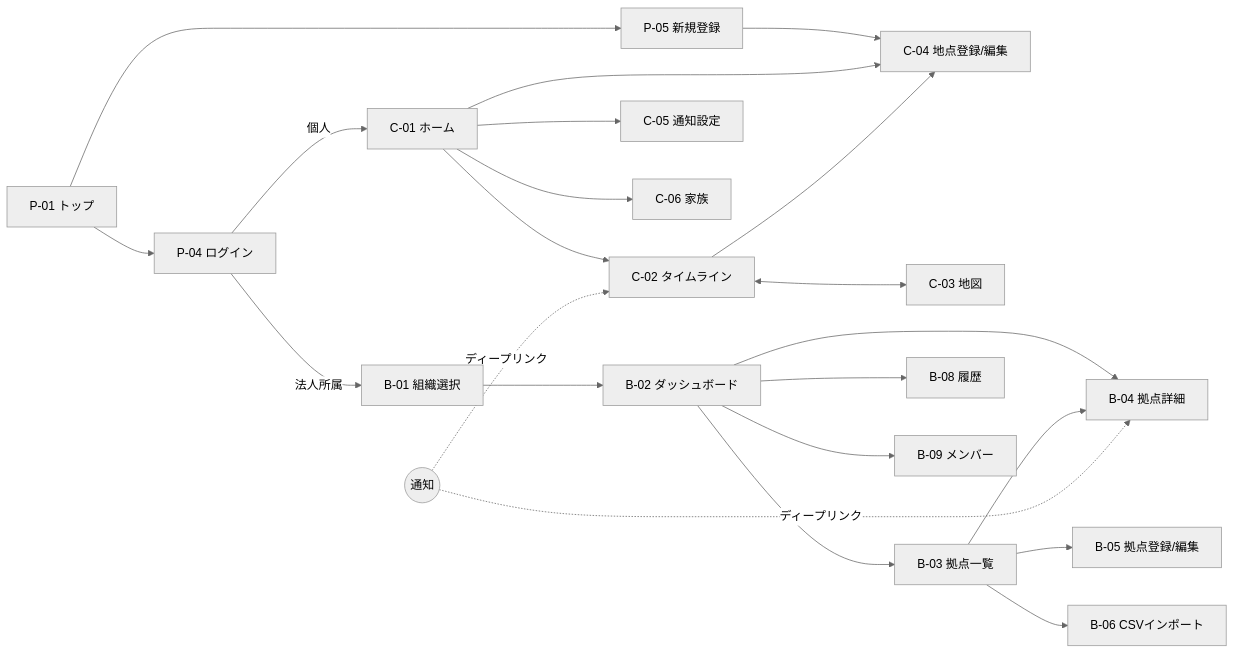
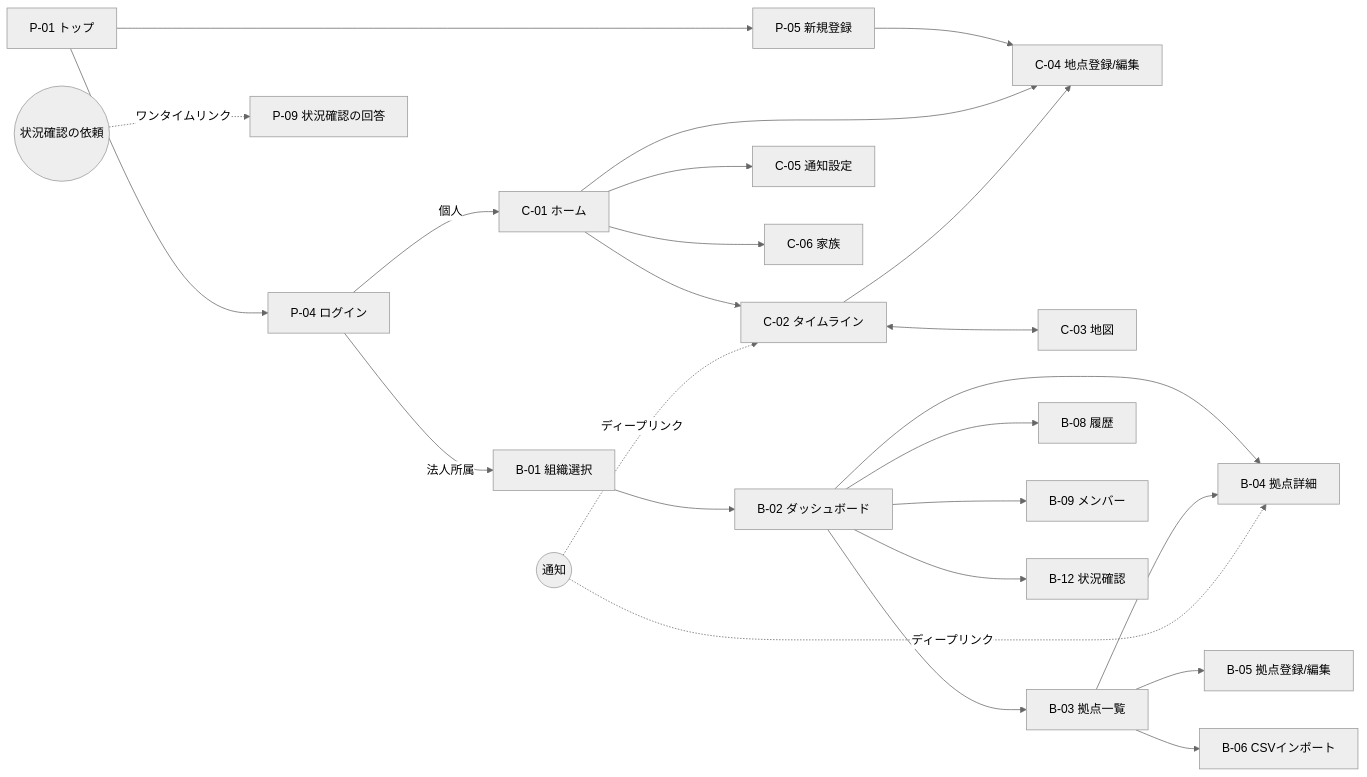
The diagram in docs/03_screens.md (masuzuki1028/saigai-portal), drawn with Mermaid (neutral theme) before and after one commit. The commit also changed other lines of this file and 5 other files, not shown here.

````diff
--- a/docs/03_screens.md
+++ b/docs/03_screens.md
@@ -75,27 +77,29 @@
 ```mermaid
 flowchart LR
   LP[P-01 トップ] --> LOGIN[P-04 ログイン]
   LP --> SIGNUP[P-05 新規登録]
   SIGNUP --> C04
   LOGIN -->|個人| C01[C-01 ホーム]
   LOGIN -->|法人所属| B01[B-01 組織選択]
 
   C01 --> C02[C-02 タイムライン]
   C01 --> C04[C-04 地点登録/編集]
   C02 <--> C03[C-03 地図]
   C02 --> C04
   C01 --> C05[C-05 通知設定]
   C01 --> C06[C-06 家族]
 
   B01 --> B02[B-02 ダッシュボード]
   B02 --> B03[B-03 拠点一覧]
   B02 --> B04[B-04 拠点詳細]
   B03 --> B04
   B03 --> B05[B-05 拠点登録/編集]
   B03 --> B06[B-06 CSVインポート]
   B02 --> B08[B-08 履歴]
   B02 --> B09[B-09 メンバー]
+  B02 --> B12[B-12 状況確認]
 
   NOTIF((通知)) -.ディープリンク.-> C02
   NOTIF -.ディープリンク.-> B04
+  CHECK((状況確認の依頼)) -.ワンタイムリンク.-> P09[P-09 状況確認の回答]
 ```
````
